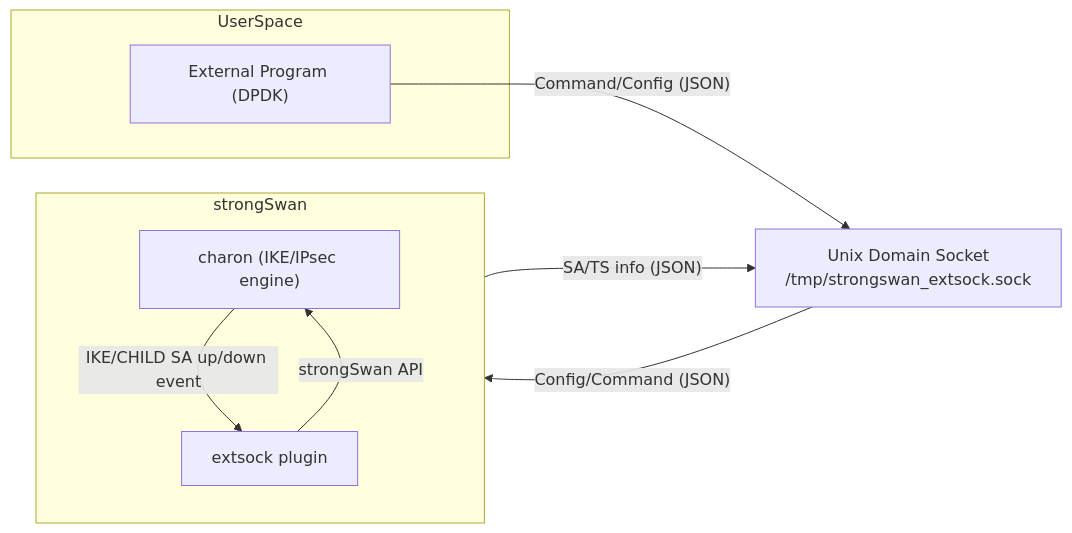
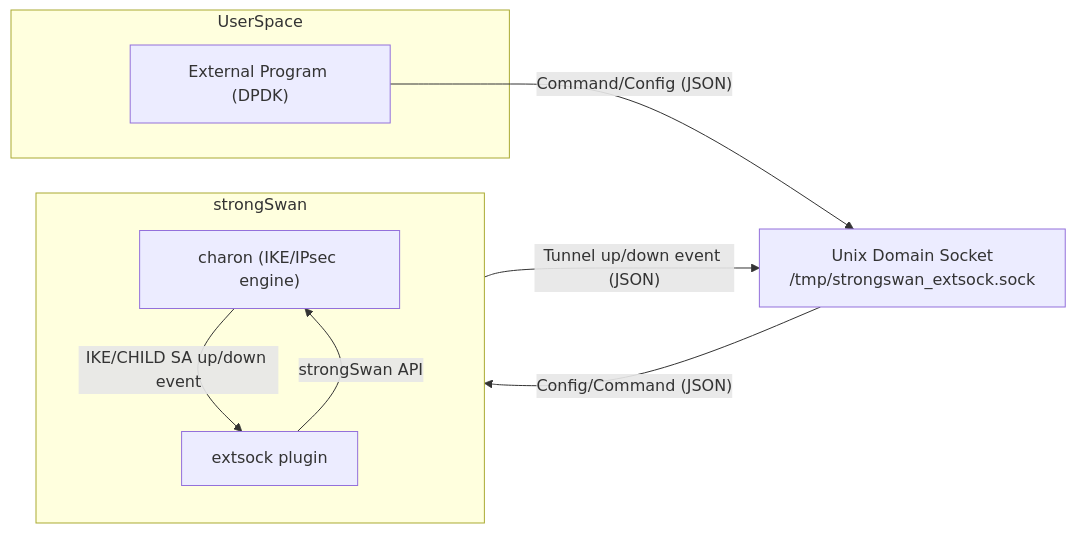
Before and after one commit to JiHuDad/strongswan: the first of 3 diagrams in src/libcharon/plugins/extsock/Design.md, drawn with Mermaid. The commit also changed other lines of this file and 2 other files, not shown here.

````diff
--- a/src/libcharon/plugins/extsock/Design.md
+++ b/src/libcharon/plugins/extsock/Design.md
@@ -3,19 +3,19 @@
 ```mermaid
 %%{init: {'themeVariables': { 'width': '1000' }}}%%
 flowchart LR
     subgraph strongSwan
         direction TB
         A["charon (IKE/IPsec engine)"]
         B["extsock plugin"]
     end
     subgraph UserSpace
         C["External Program (DPDK)"]
     end
     D["Unix Domain Socket\n/tmp/strongswan_extsock.sock"]
 
     A -- "IKE/CHILD SA up/down event" --> B
-    B -- "SA/TS info (JSON)" --> D
+    B -- "Tunnel up/down event (JSON)" --> D
     C -- "Command/Config (JSON)" --> D
     D -- "Config/Command (JSON)" --> B
     B -- "strongSwan API" --> A
 ```
````
